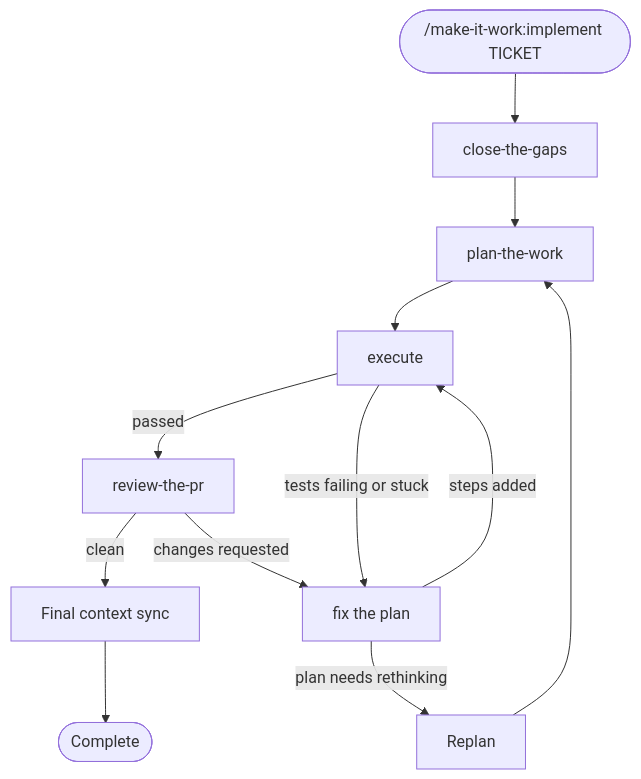
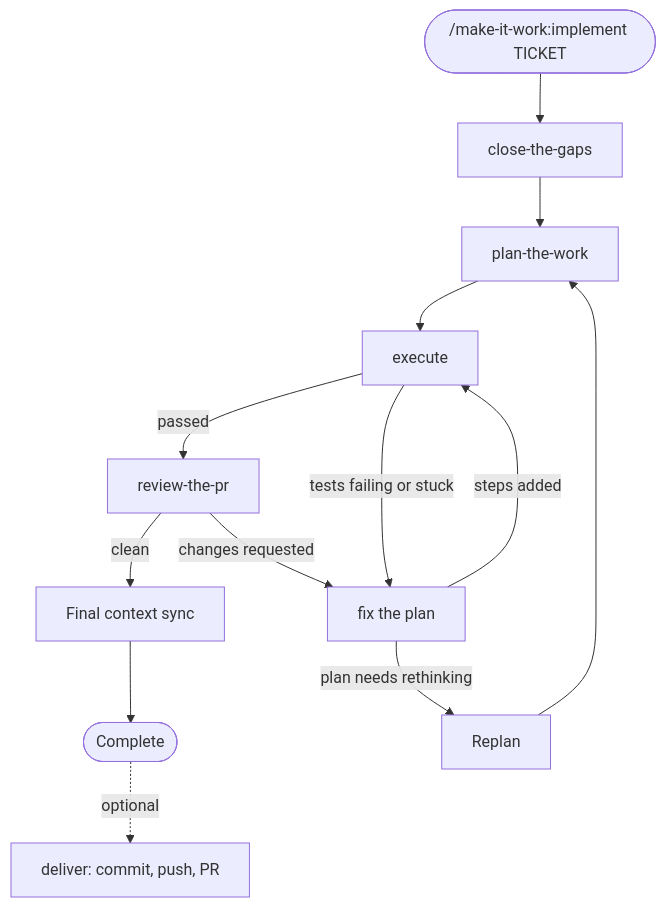
Before and after one commit to insideout-ai/make-it-work: the diagram in README.md, drawn with Mermaid. The commit also changed other lines of this file and 123 other files, not shown here.

````diff
--- a/README.md
+++ b/README.md
@@ -126,15 +126,16 @@
 ```mermaid
 flowchart TD
     Start(["/make-it-work:implement TICKET"]) --> Gaps["close-the-gaps"]
     Gaps --> Plan["plan-the-work"]
     Plan --> Execute["execute"]
 
     Execute -- "passed" --> Review["review-the-pr"]
     Execute -- "tests failing or stuck" --> FixPlan["fix the plan"]
 
     Review -- "clean" --> FinalSync["Final context sync"] --> Complete(["Complete"])
+    Complete -. "optional" .-> Deliver["deliver: commit, push, PR"]
     Review -- "changes requested" --> FixPlan
 
     FixPlan -- "steps added" --> Execute
     FixPlan -- "plan needs rethinking" --> Replan["Replan"] --> Plan
 ```
````
